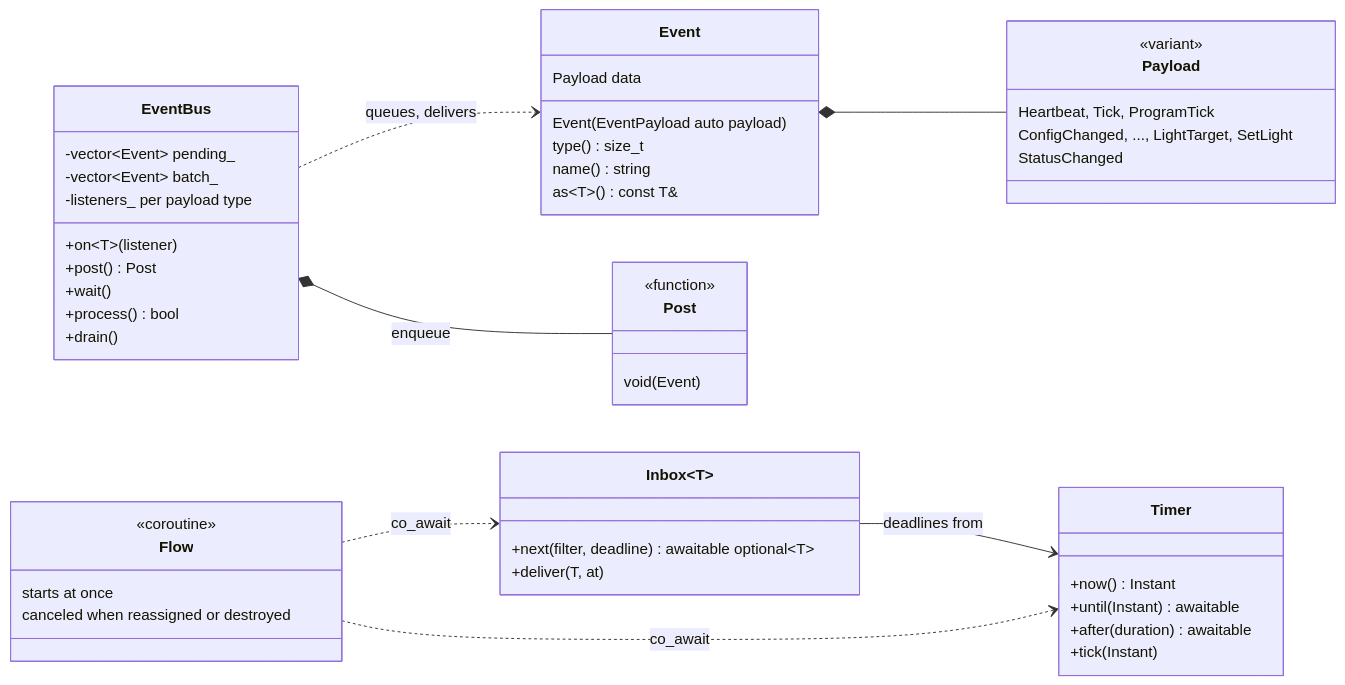
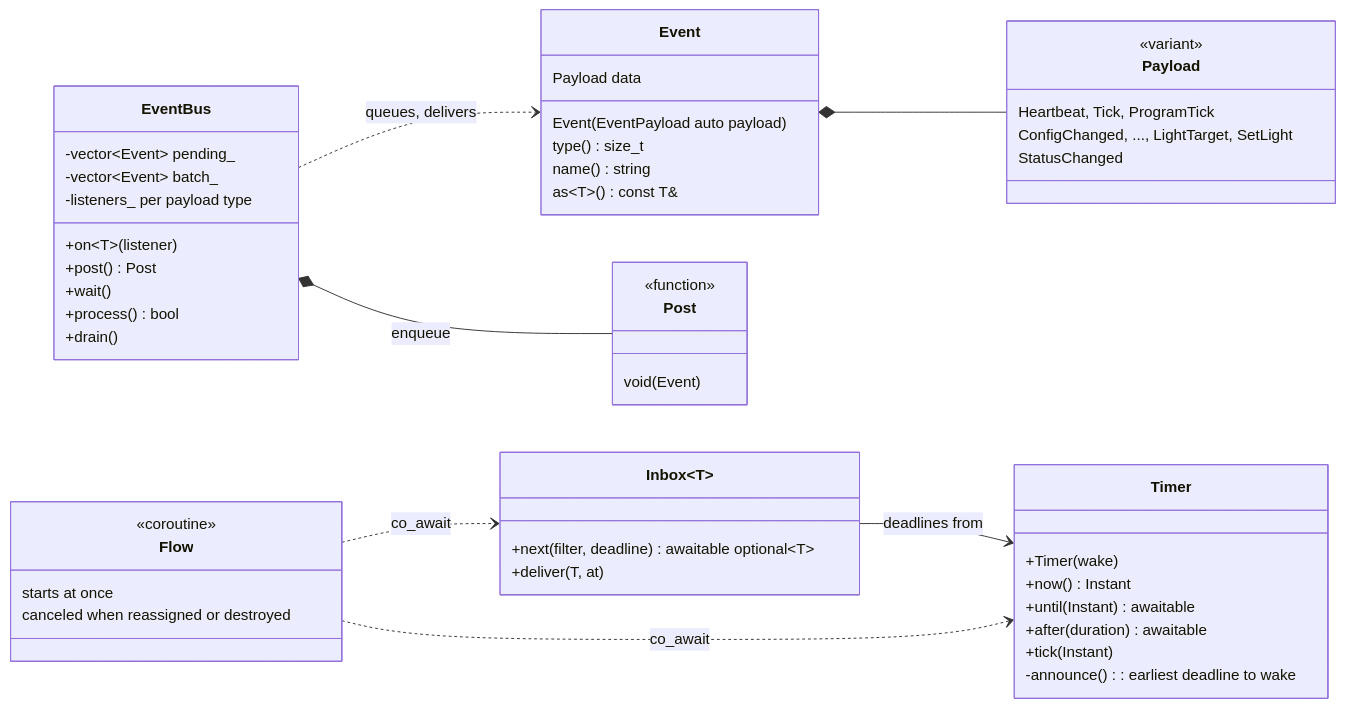
Before and after one commit to bjerre/sunsim: the third of 10 diagrams in ARCHITECTURE.md, drawn with Mermaid. The commit also changed other lines of this file and 15 other files, not shown here.

````diff
--- a/ARCHITECTURE.md
+++ b/ARCHITECTURE.md
@@ -204,53 +204,55 @@
 ```mermaid
 classDiagram
     direction LR
     class Event {
         Payload data
         Event(EventPayload auto payload)
         type() size_t
         name() string
         as~T~() const T&
     }
     class Payload {
         <<variant>>
         Heartbeat, Tick, ProgramTick
         ConfigChanged, ..., LightTarget, SetLight
         StatusChanged
     }
     class Post {
         <<function>>
         void(Event)
     }
     class EventBus {
         -vector~Event~ pending_
         -vector~Event~ batch_
         -listeners_ per payload type
         +on~T~(listener)
         +post() Post
         +wait()
         +process() bool
         +drain()
     }
     class Flow {
         <<coroutine>>
         starts at once
         canceled when reassigned or destroyed
     }
     class Timer {
+        +Timer(wake)
         +now() Instant
         +until(Instant) awaitable
         +after(duration) awaitable
         +tick(Instant)
+        -announce() : earliest deadline to wake
     }
     class Inbox~T~ {
         +next(filter, deadline) awaitable optional~T~
         +deliver(T, at)
     }
 
     Event *-- Payload
     EventBus ..> Event : queues, delivers
     EventBus *-- Post : enqueue
     Inbox~T~ --> Timer : deadlines from
     Flow ..> Timer : co_await
     Flow ..> Inbox~T~ : co_await
 ```
````
